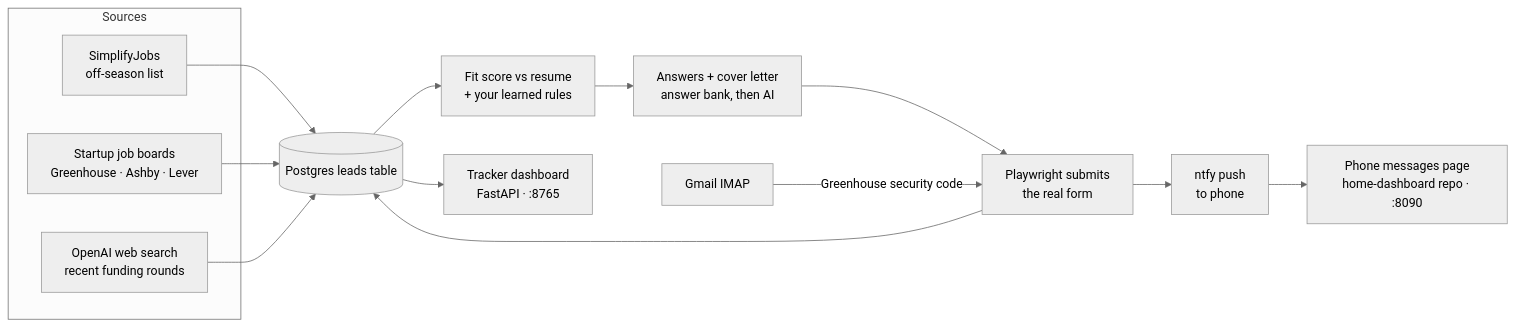
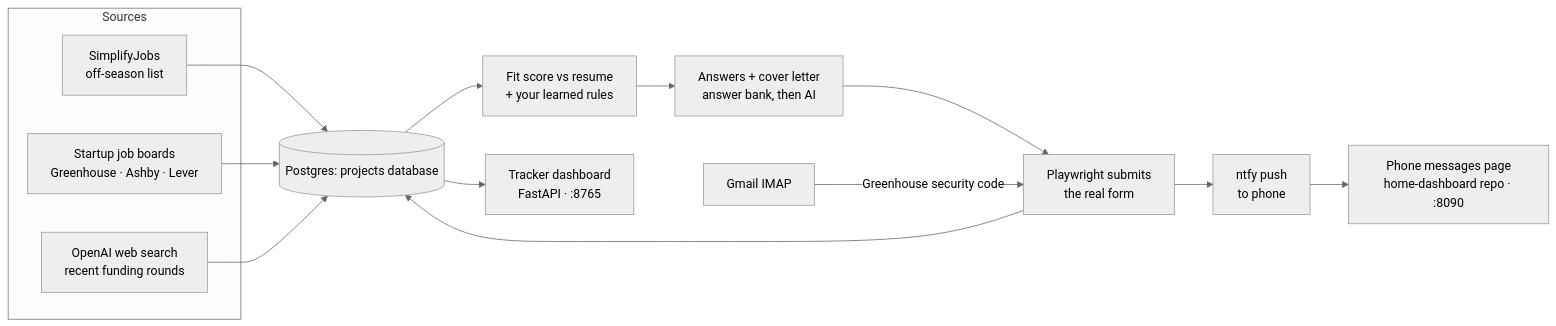
The diagram in README.md (aaravhmodi/intern-agent), drawn with Mermaid (neutral theme) before and after one commit. The commit also changed other lines of this file and 8 other files, not shown here.

First line of the commit message:
Keep all app data in the shared projects database

````diff
--- a/README.md
+++ b/README.md
@@ -68,17 +68,17 @@
 ```mermaid
 flowchart LR
   subgraph Sources
     SIM[SimplifyJobs<br/>off-season list]
     BOARDS[Startup job boards<br/>Greenhouse · Ashby · Lever]
     WEB[OpenAI web search<br/>recent funding rounds]
   end
-  SIM & BOARDS & WEB --> STORE[(Postgres leads table)]
+  SIM & BOARDS & WEB --> STORE[(Postgres: projects database)]
   STORE --> SCORE[Fit score vs resume<br/>+ your learned rules]
   SCORE --> PREP[Answers + cover letter<br/>answer bank, then AI]
   PREP --> SUBMIT[Playwright submits<br/>the real form]
   GMAIL[Gmail IMAP] -- Greenhouse security code --> SUBMIT
   SUBMIT --> STORE
   STORE --> DASH[Tracker dashboard<br/>FastAPI · :8765]
   SUBMIT --> NTFY[ntfy push<br/>to phone]
   NTFY --> MSGS[Phone messages page<br/>home-dashboard repo · :8090]
 ```
````
